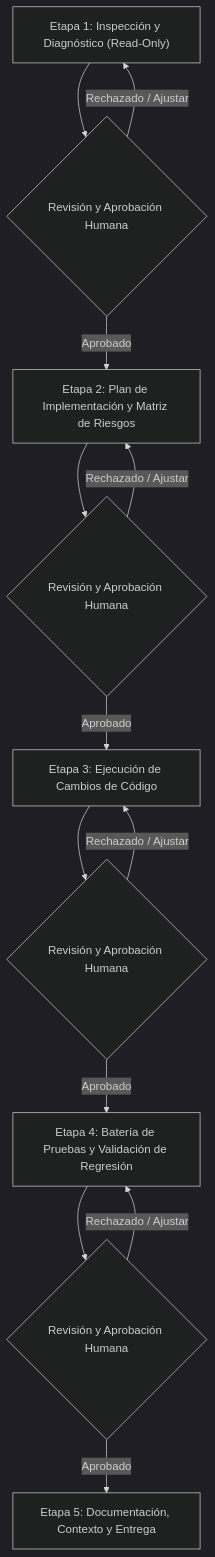
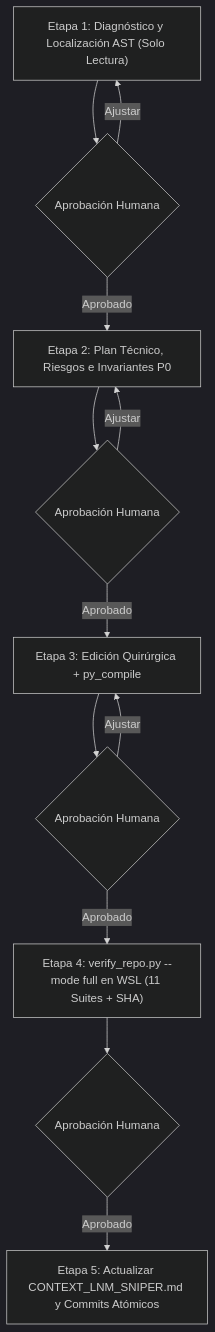
The diagram in AGENT_MAINTENANCE_DIRECTIVE.md (felipemonsalve28-eng/lnmsniper), drawn with Mermaid (dark theme) before and after one commit. The commit also changed other lines of this file and 1 other file, not shown here.

Commit message:
docs(context): update CONTEXT_LNM_SNIPER.md and AGENT_MAINTENANCE_DIRECTIVE.md to C1_STREAK3_24H_INV

````diff
--- a/AGENT_MAINTENANCE_DIRECTIVE.md
+++ b/AGENT_MAINTENANCE_DIRECTIVE.md
@@ -80,15 +72,14 @@
 ```mermaid
 flowchart TD
-    E1["Etapa 1: Inspección y Diagnóstico (Read-Only)"] --> H1{"Revisión y Aprobación Humana"}
-    H1 -- Aprobado --> E2["Etapa 2: Plan de Implementación y Matriz de Riesgos"]
-    H1 -- Rechazado / Ajustar --> E1
-    E2 --> H2{"Revisión y Aprobación Humana"}
-    H2 -- Aprobado --> E3["Etapa 3: Ejecución de Cambios de Código"]
-    H2 -- Rechazado / Ajustar --> E2
-    E3 --> H3{"Revisión y Aprobación Humana"}
-    H3 -- Aprobado --> E4["Etapa 4: Batería de Pruebas y Validación de Regresión"]
-    H3 -- Rechazado / Ajustar --> E3
-    E4 --> H4{"Revisión y Aprobación Humana"}
-    H4 -- Aprobado --> E5["Etapa 5: Documentación, Contexto y Entrega"]
-    H4 -- Rechazado / Ajustar --> E4
+    E1["Etapa 1: Diagnóstico y Localización AST (Solo Lectura)"] --> H1{"Aprobación Humana"}
+    H1 -- Aprobado --> E2["Etapa 2: Plan Técnico, Riesgos e Invariantes P0"]
+    H1 -- Ajustar --> E1
+    E2 --> H2{"Aprobación Humana"}
+    H2 -- Aprobado --> E3["Etapa 3: Edición Quirúrgica + py_compile"]
+    H2 -- Ajustar --> E2
+    E3 --> H3{"Aprobación Humana"}
+    H3 -- Aprobado --> E4["Etapa 4: verify_repo.py --mode full en WSL (11 Suites + SHA)"]
+    H3 -- Ajustar --> E3
+    E4 --> H4{"Aprobación Humana"}
+    H4 -- Aprobado --> E5["Etapa 5: Actualizar CONTEXT_LNM_SNIPER.md y Commits Atómicos"]
 ```
````
